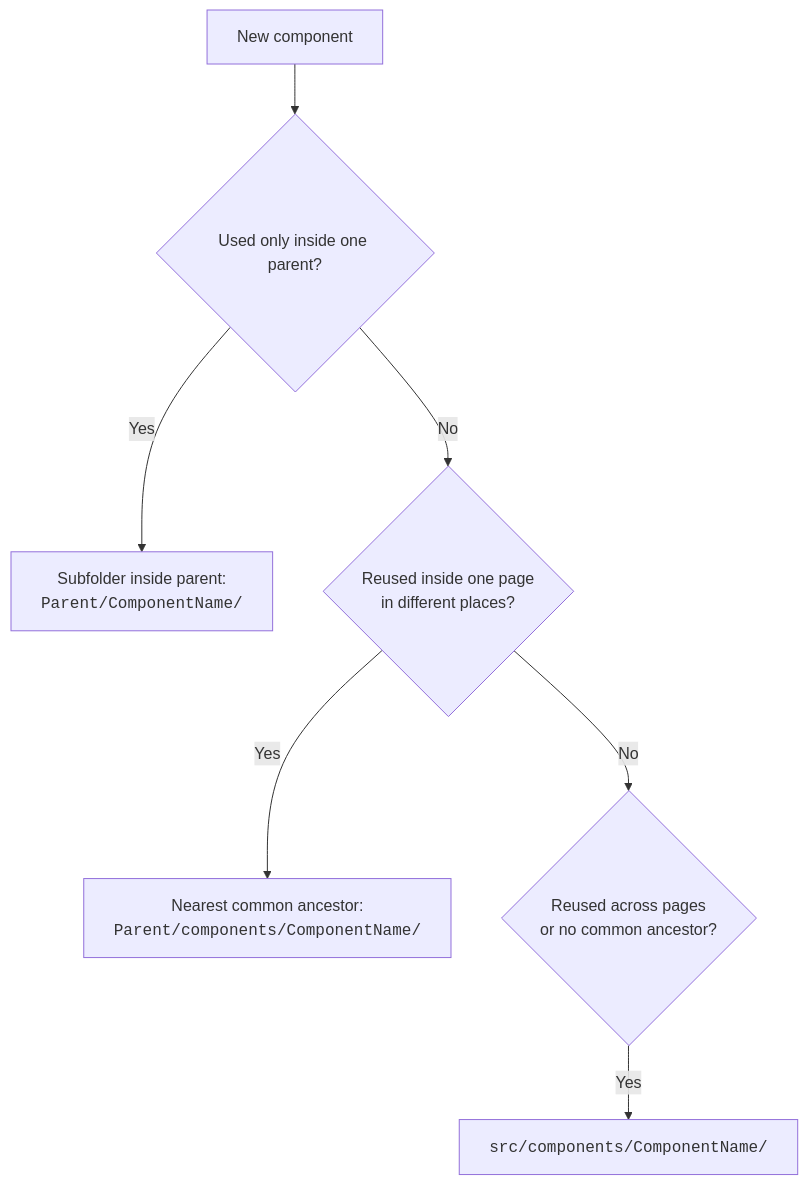
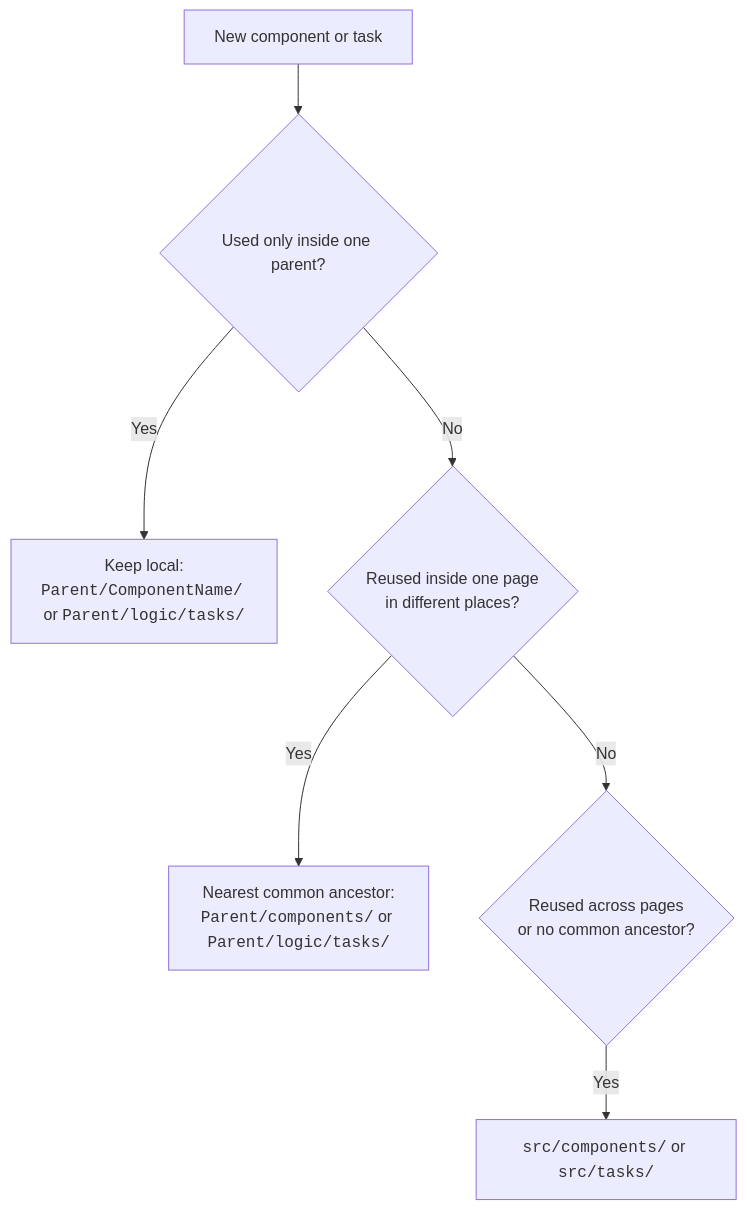
The first of 2 diagrams in docs/architecture/architecture.md (ilkovecVladislav/tv-shows), drawn with Mermaid before and after one commit. The commit also changed other lines of this file, not shown here.

````diff
--- a/docs/architecture/architecture.md
+++ b/docs/architecture/architecture.md
@@ -51,9 +64,9 @@
 ```mermaid
 flowchart TD
-    A[New component] --> B{Used only inside one parent?}
-    B -- Yes --> C[Subfolder inside parent:<br/><code>Parent/ComponentName/</code>]
+    A[New component or task] --> B{Used only inside one parent?}
+    B -- Yes --> C[Keep local:<br/><code>Parent/ComponentName/</code> or <code>Parent/logic/tasks/</code>]
     B -- No --> D{Reused inside one page<br/>in different places?}
-    D -- Yes --> E[Nearest common ancestor:<br/><code>Parent/components/ComponentName/</code>]
+    D -- Yes --> E[Nearest common ancestor:<br/><code>Parent/components/</code> or <code>Parent/logic/tasks/</code>]
     D -- No --> F{Reused across pages<br/>or no common ancestor?}
-    F -- Yes --> G[<code>src/components/ComponentName/</code>]
+    F -- Yes --> G[<code>src/components/</code> or <code>src/tasks/</code>]
 ```
````
